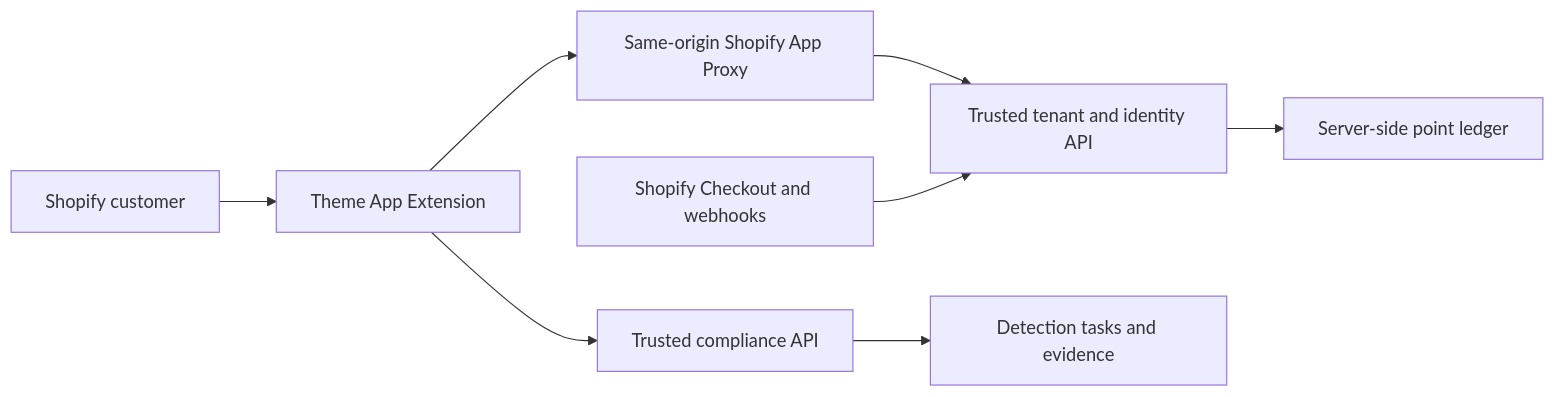
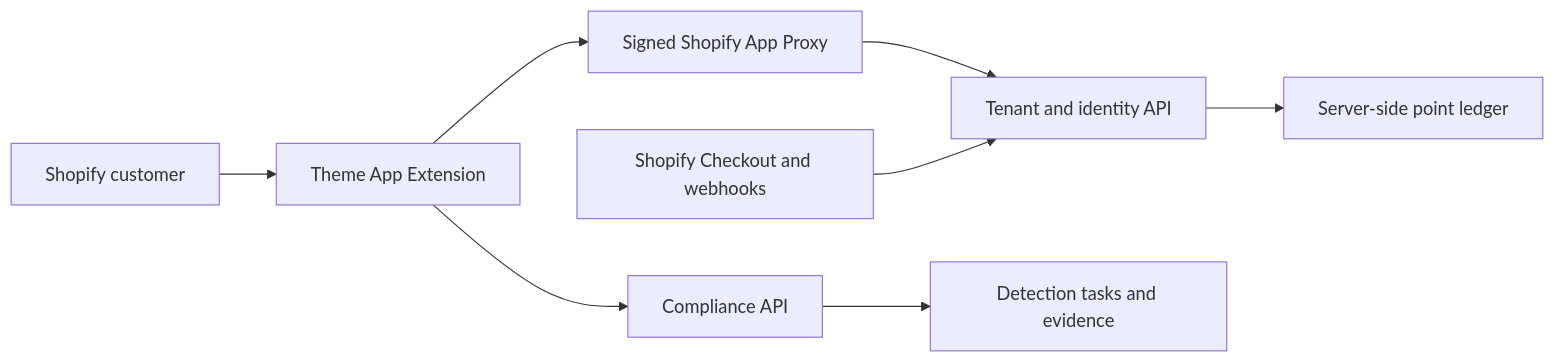
Before and after one commit to SuntekCorps-xLab/eric-compliance-tools: the first of 2 diagrams in README.md, drawn with Mermaid. The commit also changed other lines of this file and 9 other files, not shown here.

````diff
--- a/README.md
+++ b/README.md
@@ -25,10 +21,10 @@
 ```mermaid
 flowchart LR
-  Buyer[Shopify customer] --> Theme[Theme App Extension]
-  Theme --> Proxy[Same-origin Shopify App Proxy]
-  Proxy --> Tenant[Trusted tenant and identity API]
-  Theme --> Compliance[Trusted compliance API]
-  Tenant --> Ledger[Server-side point ledger]
-  Compliance --> Evidence[Detection tasks and evidence]
-  Shopify[Shopify Checkout and webhooks] --> Tenant
+  C["Shopify customer"] --> T["Theme App Extension"]
+  T --> P["Signed Shopify App Proxy"]
+  P --> A["Tenant and identity API"]
+  T --> E["Compliance API"]
+  A --> L["Server-side point ledger"]
+  E --> R["Detection tasks and evidence"]
+  S["Shopify Checkout and webhooks"] --> A
 ```
````
